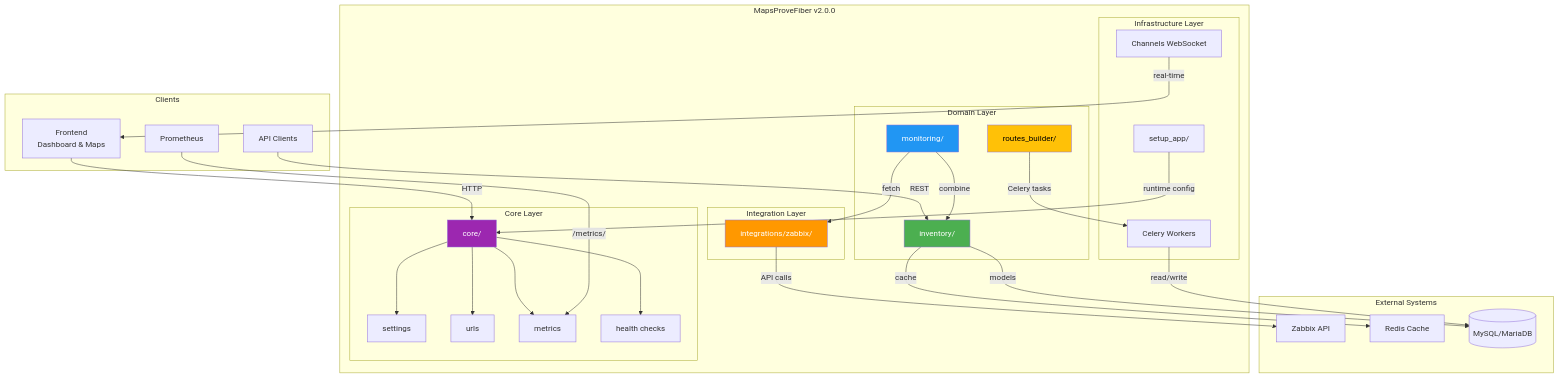
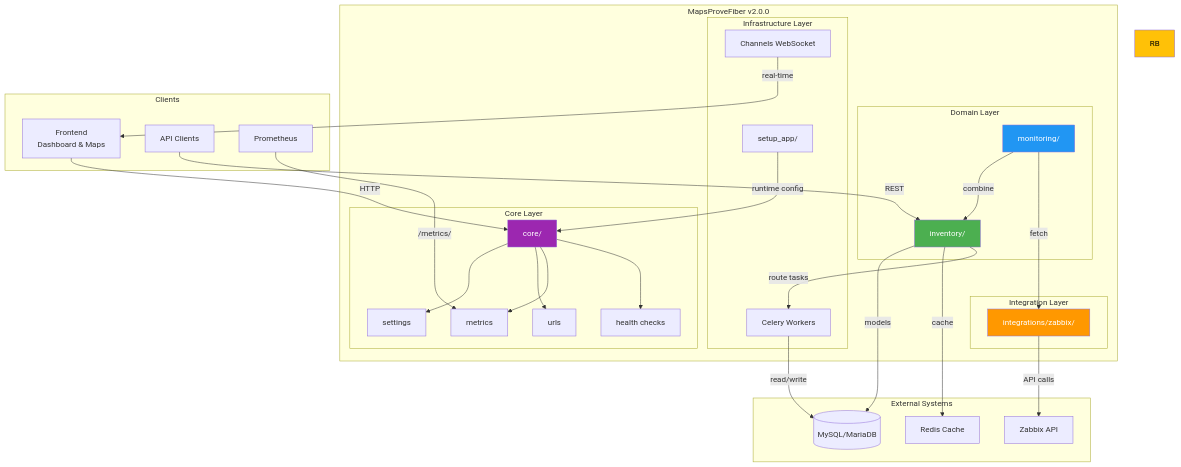
The first of 10 diagrams in doc/architecture/OVERVIEW.md (kaled182/provemaps_beta), drawn with Mermaid before and after one commit. The commit also changed other lines of this file and 54 other files, not shown here.

````diff
--- a/doc/architecture/OVERVIEW.md
+++ b/doc/architecture/OVERVIEW.md
@@ -29,60 +29,59 @@
 ```mermaid
 graph TD
     subgraph "External Systems"
         Z[Zabbix API]
         R[Redis Cache]
         DB[(MySQL/MariaDB)]
     end
     
     subgraph "MapsProveFiber v2.0.0"
         subgraph "Core Layer"
             C[core/]
             C --> S[settings]
             C --> U[urls]
             C --> M[metrics]
             C --> H[health checks]
         end
         
         subgraph "Domain Layer"
             I[inventory/]
             MO[monitoring/]
-            RB[routes_builder/]
         end
         
         subgraph "Integration Layer"
             IZ[integrations/zabbix/]
         end
         
         subgraph "Infrastructure Layer"
             SA[setup_app/]
             CE[Celery Workers]
             CH[Channels WebSocket]
         end
     end
     
     subgraph "Clients"
         FE[Frontend<br/>Dashboard & Maps]
         API_CLIENT[API Clients]
         PROM[Prometheus]
     end
     
     FE -->|HTTP| C
     API_CLIENT -->|REST| I
     PROM -->|/metrics/| M
     
     I -->|models| DB
     I -->|cache| R
     MO -->|combine| I
     MO -->|fetch| IZ
     IZ -->|API calls| Z
-    RB -->|Celery tasks| CE
+    I -->|route tasks| CE
     CE -->|read/write| DB
     CH -->|real-time| FE
     SA -->|runtime config| C
     
     style I fill:#4CAF50,color:#fff
     style MO fill:#2196F3,color:#fff
     style IZ fill:#FF9800,color:#fff
     style C fill:#9C27B0,color:#fff
     style RB fill:#FFC107,color:#000
 ```
````
